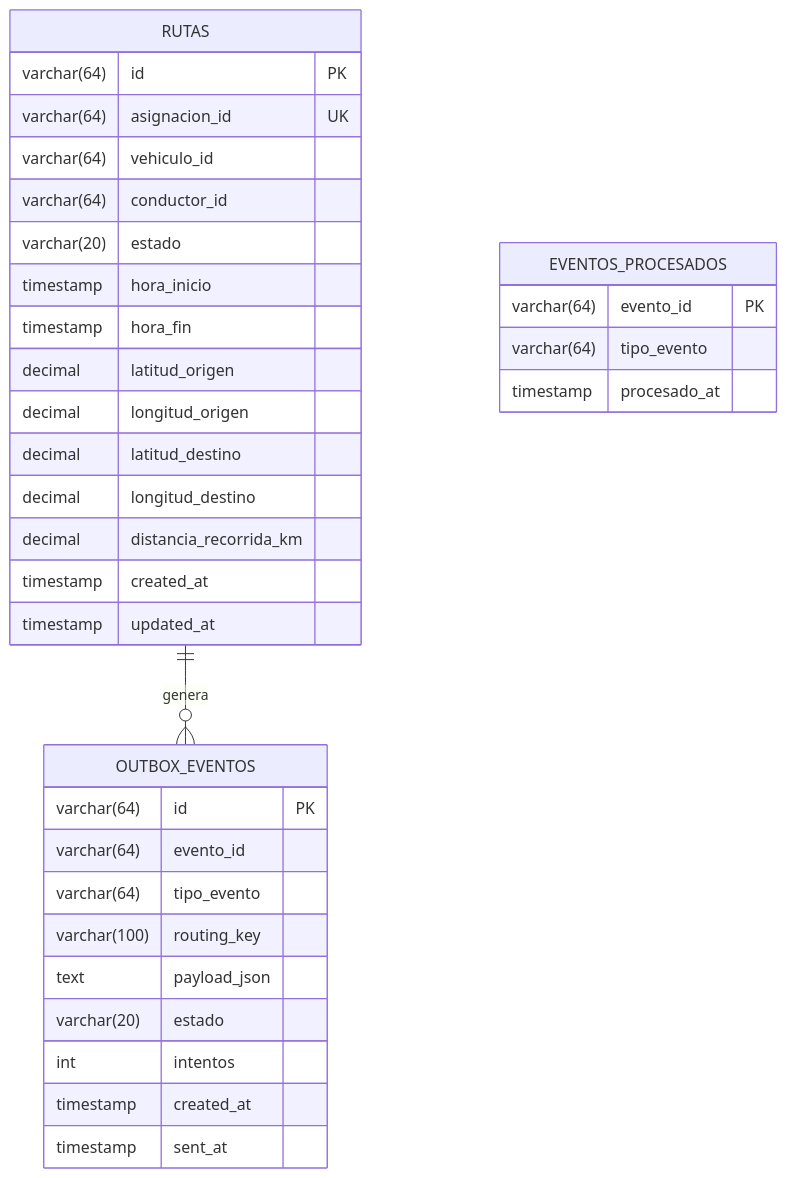
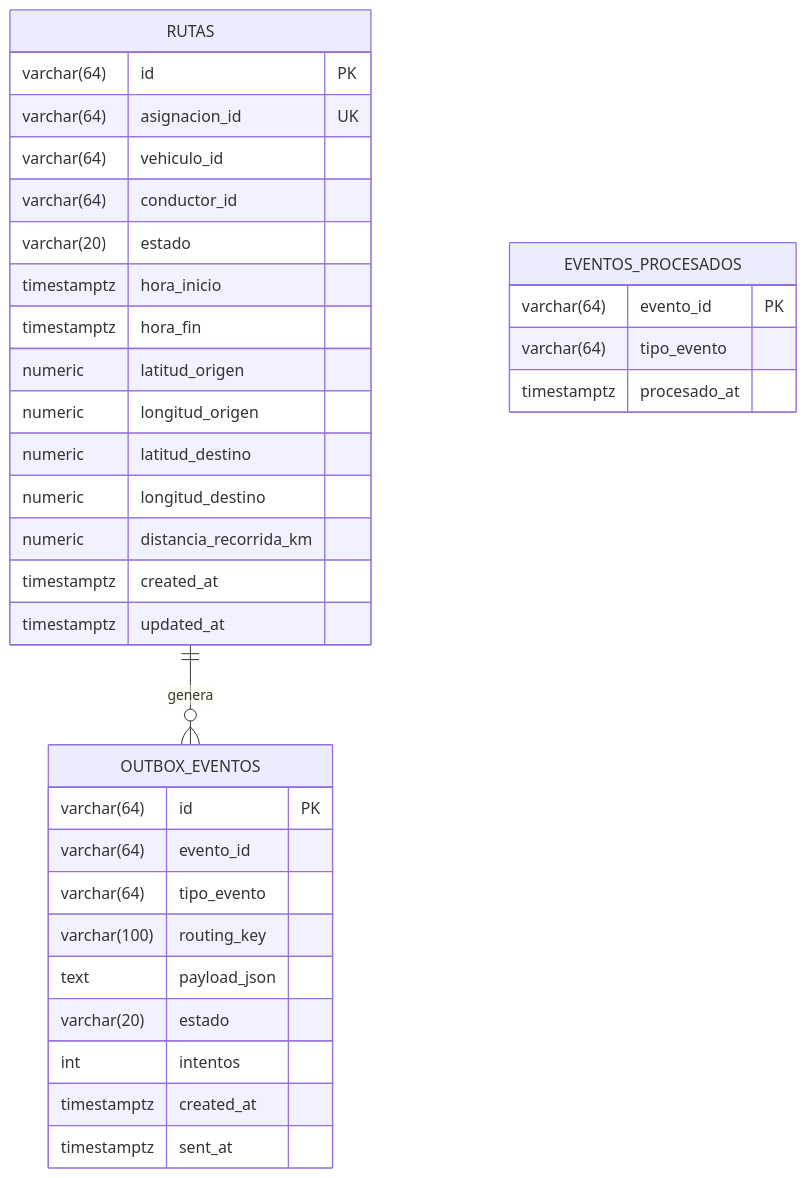
One commit to FleetOpsProyect/grupo_06_Telemetria changed the diagram in docs/04_contratos_api_y_eventos.md. Above: the diagram before and after it, drawn with Mermaid. The commit also changed other lines of this file and 3 other files, not shown here.

Commit message:
feat: add CI/CD workflows, documentation, and architecture diagrams

````diff
--- a/docs/04_contratos_api_y_eventos.md
+++ b/docs/04_contratos_api_y_eventos.md
@@ -298,39 +374,39 @@
 ```mermaid
 erDiagram
     RUTAS {
         varchar(64) id PK
         varchar(64) asignacion_id UK
         varchar(64) vehiculo_id
         varchar(64) conductor_id
         varchar(20) estado
-        timestamp hora_inicio
-        timestamp hora_fin
-        decimal latitud_origen
-        decimal longitud_origen
-        decimal latitud_destino
-        decimal longitud_destino
-        decimal distancia_recorrida_km
-        timestamp created_at
-        timestamp updated_at
+        timestamptz hora_inicio
+        timestamptz hora_fin
+        numeric latitud_origen
+        numeric longitud_origen
+        numeric latitud_destino
+        numeric longitud_destino
+        numeric distancia_recorrida_km
+        timestamptz created_at
+        timestamptz updated_at
     }
 
     OUTBOX_EVENTOS {
         varchar(64) id PK
         varchar(64) evento_id
         varchar(64) tipo_evento
         varchar(100) routing_key
         text payload_json
         varchar(20) estado
         int intentos
-        timestamp created_at
-        timestamp sent_at
+        timestamptz created_at
+        timestamptz sent_at
     }
 
     EVENTOS_PROCESADOS {
         varchar(64) evento_id PK
         varchar(64) tipo_evento
-        timestamp procesado_at
+        timestamptz procesado_at
     }
 
     RUTAS ||--o{ OUTBOX_EVENTOS : genera
 ```
````
